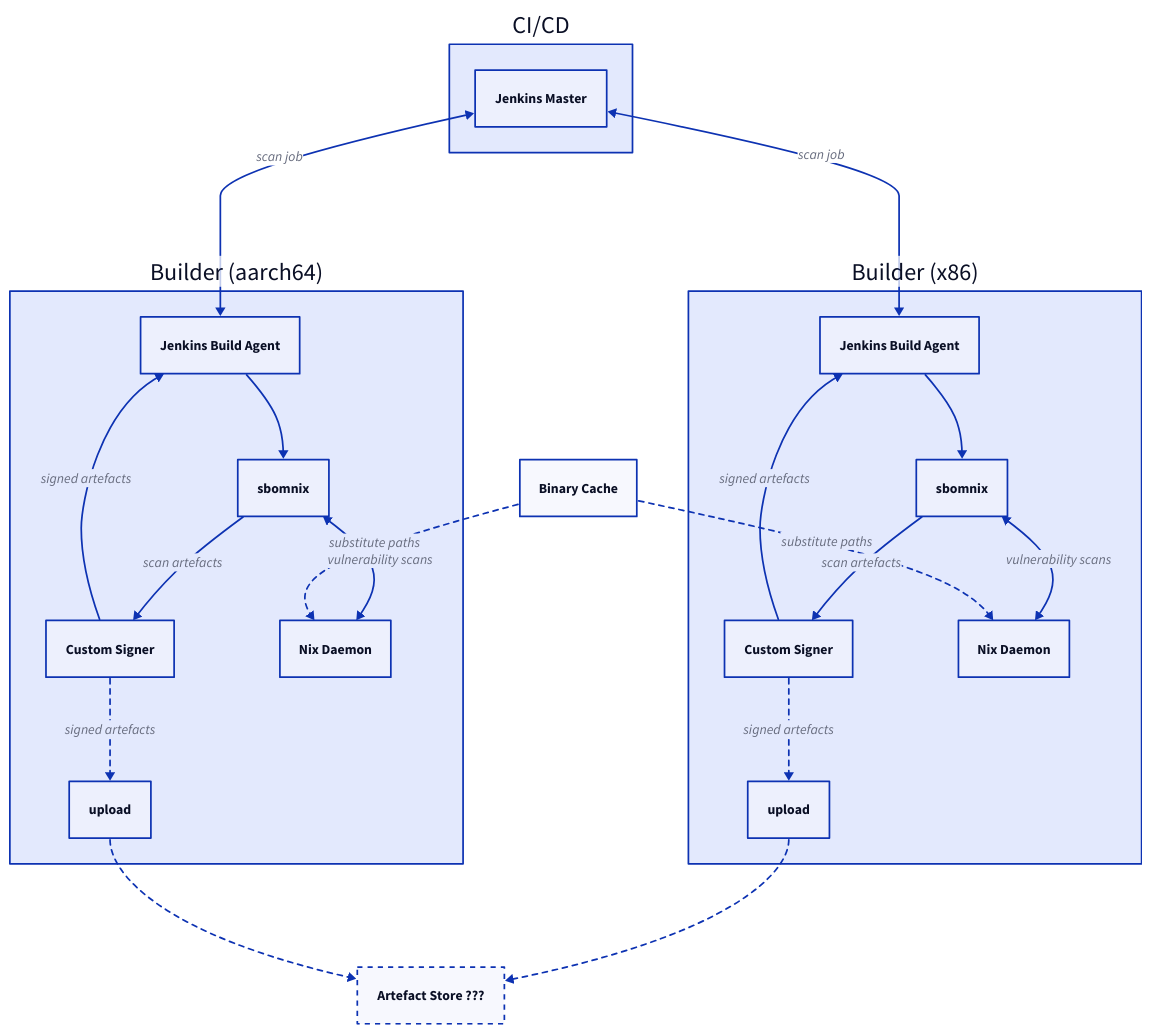
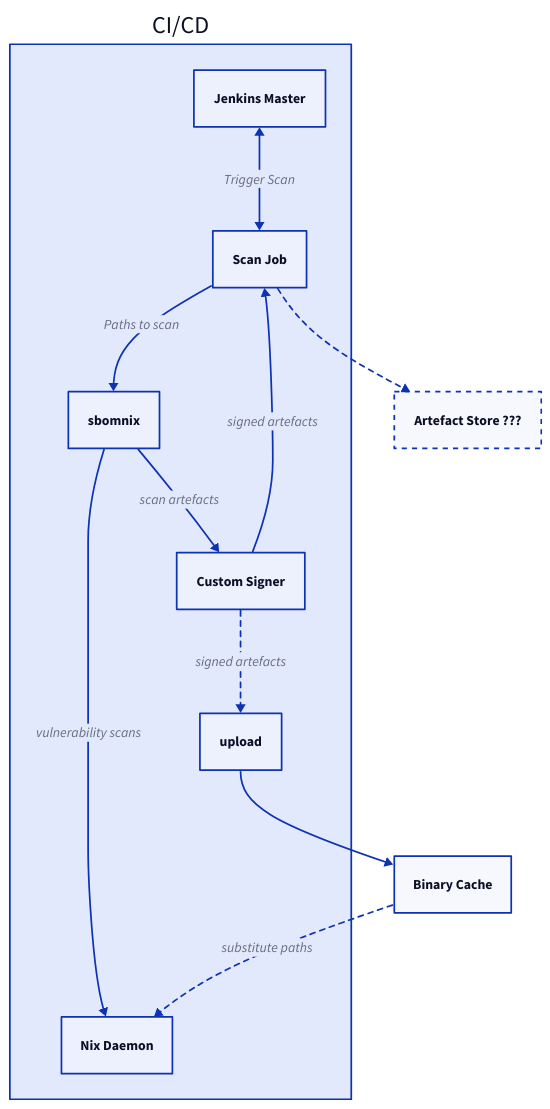
The diagram in docs/d2/scan.d2 (brianmcgee/ghaf-infra), drawn with D2 before and after one commit. The commit also changed 4 other files, not shown here.

First line of the commit message:
doc: update ci/cd architecture

```diff
--- a/docs/d2/scan.d2
+++ b/docs/d2/scan.d2
@@ -1,60 +1,36 @@
 ci: CI/CD {
     jenkins: Jenkins Master
+    job: Scan Job
+    sbomnix
+    signer: Custom Signer
+    nix_daemon: Nix Daemon
+
+    jenkins <-> job: Trigger Scan
+
+    job -> sbomnix: Paths to scan
+    sbomnix -> nix_daemon: vulnerability scans
+    sbomnix -> signer: scan artefacts
+    signer -> job: signed artefacts
+    signer -> upload: signed artefacts {
+        style.stroke-dash: 3
+    }
 }
+
+ci.upload -> cache
 
 cache: Binary Cache
 
 artefact_store: Artefact Store ??? {
      style.stroke-dash: 3
 }
 
-builder_x86: Builder (x86) {
-    agent: Jenkins Build Agent
-    sbomnix
-    signer: Custom Signer
 
-    nix_daemon: Nix Daemon
-
-    agent -> sbomnix
-    sbomnix <-> nix_daemon: vulnerability scans
-    sbomnix -> signer: scan artefacts
-    signer -> agent: signed artefacts
-    signer -> upload: signed artefacts {
-         style.stroke-dash: 3
-    }
-}
-
-builder_aarch64: Builder (aarch64) {
-    agent: Jenkins Build Agent
-    sbomnix
-    signer: Custom Signer
-
-    nix_daemon: Nix Daemon
-
-    agent -> sbomnix
-    sbomnix <-> nix_daemon: vulnerability scans
-    sbomnix -> signer: scan artefacts
-    signer -> agent: signed artefacts
-    signer -> upload: signed artefacts {
-     style.stroke-dash: 3
-    }
-}
-
-ci.jenkins <-> builder_x86.agent: scan job
-ci.jenkins <-> builder_aarch64.agent: scan job
-
-cache -> builder_x86.nix_daemon: substitute paths {
+cache -> ci.nix_daemon: substitute paths {
     style {
         stroke-dash: 3
     }
 }
-cache -> builder_aarch64.nix_daemon: substitute paths {
+
+ci.job -> artefact_store {
     style.stroke-dash: 3
 }
-
-builder_x86.upload -> artefact_store {
-    style.stroke-dash: 3
-}
-builder_aarch64.upload -> artefact_store {
-    style.stroke-dash: 3
-}
```
